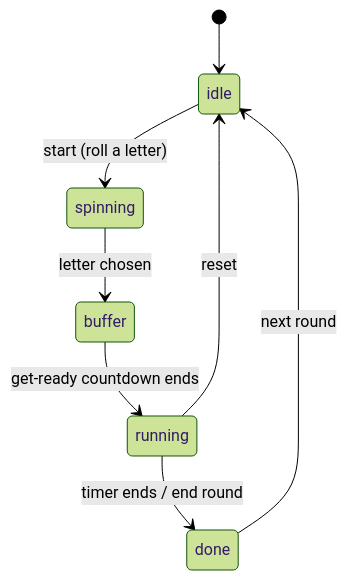
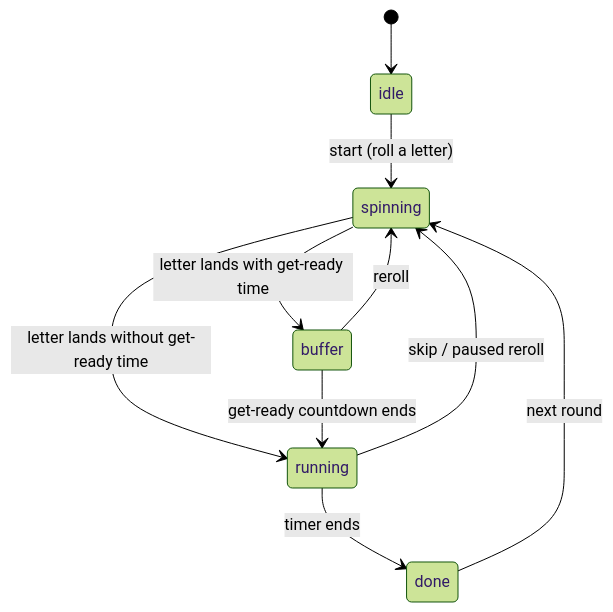
Before and after one commit to simonvanlierde/scattergories: the second of 2 diagrams in docs/architecture.md, drawn with Mermaid (forest theme). The commit also changed 22 other files, not shown here.

````diff
--- a/docs/architecture.md
+++ b/docs/architecture.md
@@ -31,10 +31,12 @@
 ```mermaid
 stateDiagram-v2
     [*] --> idle
     idle --> spinning: start (roll a letter)
-    spinning --> buffer: letter chosen
+    spinning --> buffer: letter lands with get-ready time
+    spinning --> running: letter lands without get-ready time
     buffer --> running: get-ready countdown ends
-    running --> done: timer ends / end round
-    done --> idle: next round
-    running --> idle: reset
+    running --> done: timer ends
+    done --> spinning: next round
+    running --> spinning: skip / paused reroll
+    buffer --> spinning: reroll
 ```
````
